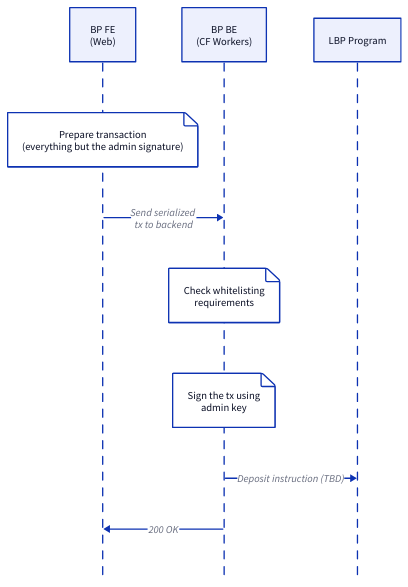
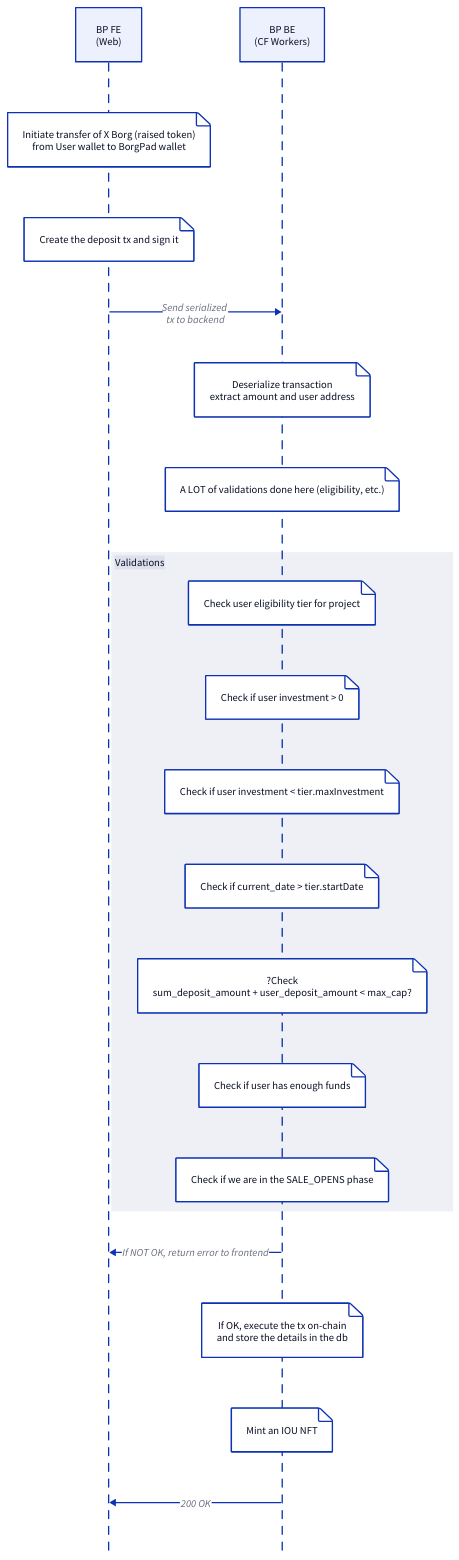
The diagram in docs/staking.d2 (EwanBorgPad/spark), drawn with D2 before and after one commit. The commit also changed 1 other file, not shown here.

```diff
--- a/docs/staking.d2
+++ b/docs/staking.d2
@@ -1,19 +1,38 @@
 shape: sequence_diagram
 
 
 # Actors
 fe: BP FE\n(Web)
 be: BP BE\n(CF Workers)
 # db: D1\n(Database)
-sp: LBP Program
+# sp: LBP Program
 
-fe."Prepare transaction\n(everything but the admin signature)"
+fe."Initiate transfer of X Borg (raised token)\nfrom User wallet to BorgPad wallet"
+
+fe."Create the deposit tx and sign it"
 
 fe -> be: "Send serialized \ntx to backend"
 
-be."Check whitelisting\nrequirements"
-be."Sign the tx using\nadmin key"
+be."Deserialize transaction\nextract amount and user address"
 
-be -> sp: "Deposit instruction (TBD)"
+be."A LOT of validations done here (eligibility, etc.)"
+
+Validations: {
+    be."Check user eligibility tier for project"
+    be."Check if user investment > 0"
+    be."Check if user investment < tier.maxInvestment"
+    be."Check if user investment < tier.maxInvestment"
+    be."Check if current_date > tier.startDate"
+
+    be."?Check\nsum_deposit_amount + user_deposit_amount < max_cap?"
+    be."Check if user has enough funds"
+    be."Check if we are in the SALE_OPENS phase"
+}
+
+be -> fe: "If NOT OK, return error to frontend"
+
+be."If OK, execute the tx on-chain\nand store the details in the db"
+
+be."Mint an IOU NFT"
 
 be -> fe: "200 OK"
```
